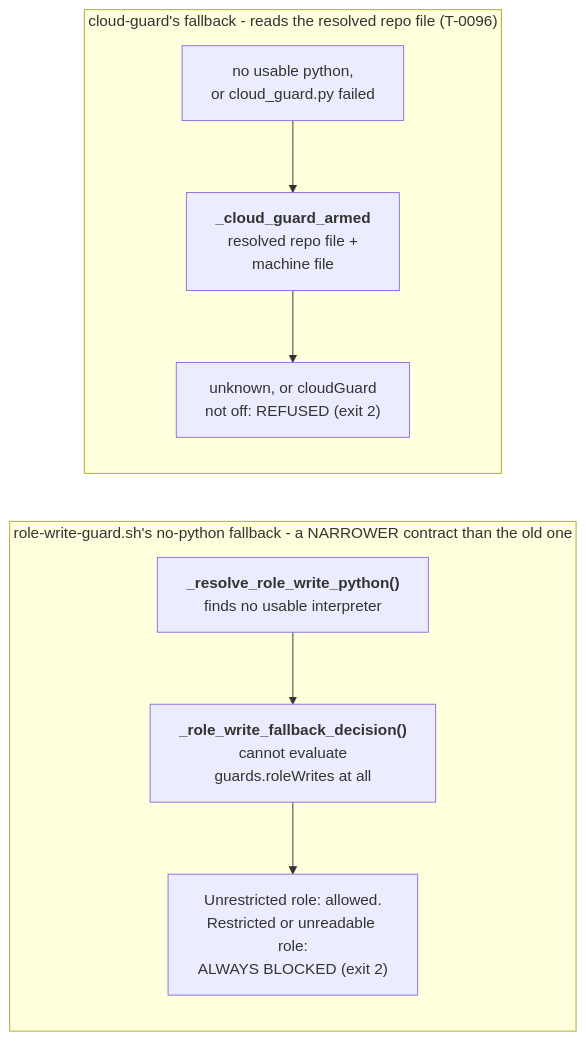
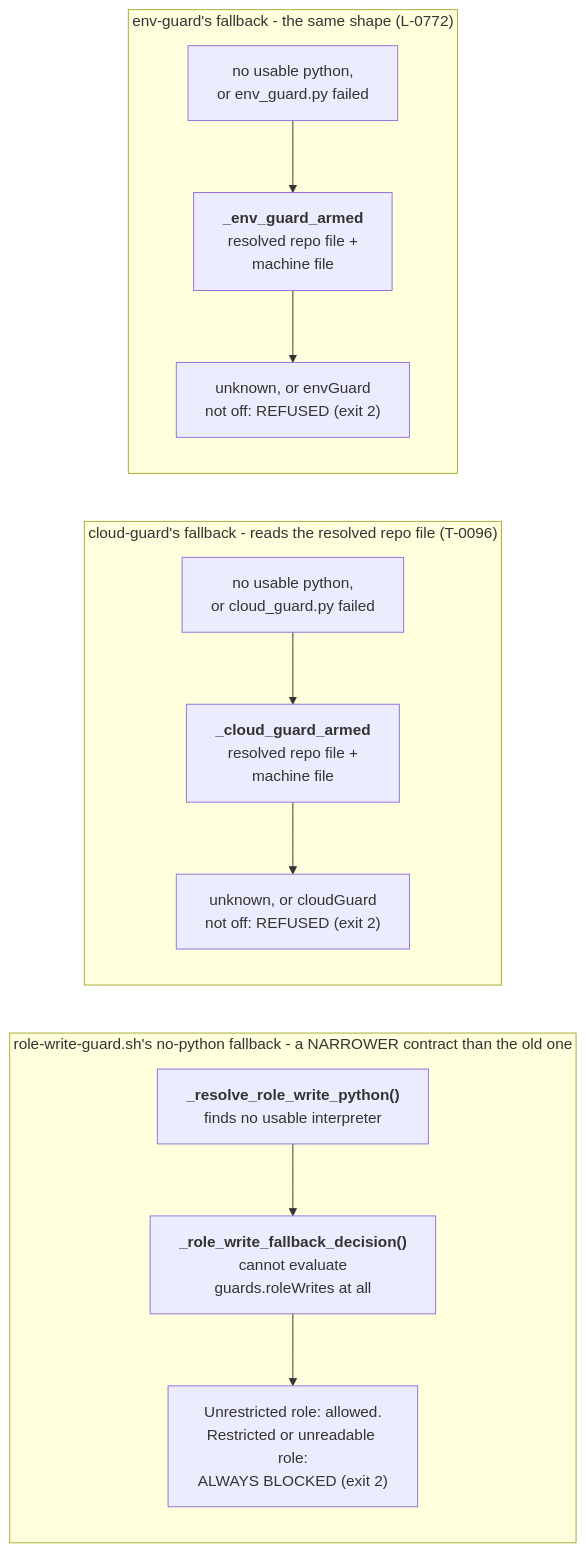
Before and after one commit to mbadali25/useful-claude-add-ons: the fourth of 37 diagrams in docs/diagrams/README.md, drawn with Mermaid. The commit also changed other lines of this file and 5 other files, not shown here.

First line of the commit message:
L-0772: the python fallback reads the resolved repo layer; pylint R0916; diagrams

````diff
--- a/docs/diagrams/README.md
+++ b/docs/diagrams/README.md
@@ -192,19 +192,27 @@
 ```mermaid
 flowchart LR
 
     subgraph NoPython["role-write-guard.sh's no-python fallback - a NARROWER contract than the old one"]
         direction TB
         NP1["<b>_resolve_role_write_python()</b><br/>finds no usable interpreter"]
         NP2["<b>_role_write_fallback_decision()</b><br/>cannot evaluate<br/>guards.roleWrites at all"]
         NP3["Unrestricted role: allowed.<br/>Restricted or unreadable role:<br/>ALWAYS BLOCKED (exit 2)"]
         NP1 --> NP2 --> NP3
     end
 
     subgraph CloudNoPython["cloud-guard's fallback - reads the resolved repo file (T-0096)"]
         direction TB
         CG1["no usable python,<br/>or cloud_guard.py failed"]
         CG2["<b>_cloud_guard_armed</b><br/>resolved repo file +<br/>machine file"]
         CG3["unknown, or cloudGuard<br/>not off: REFUSED (exit 2)"]
         CG1 --> CG2 --> CG3
     end
+
+    subgraph EnvNoPython["env-guard's fallback - the same shape (L-0772)"]
+        direction TB
+        EG1["no usable python,<br/>or env_guard.py failed"]
+        EG2["<b>_env_guard_armed</b><br/>resolved repo file +<br/>machine file"]
+        EG3["unknown, or envGuard<br/>not off: REFUSED (exit 2)"]
+        EG1 --> EG2 --> EG3
+    end
 ```
````
